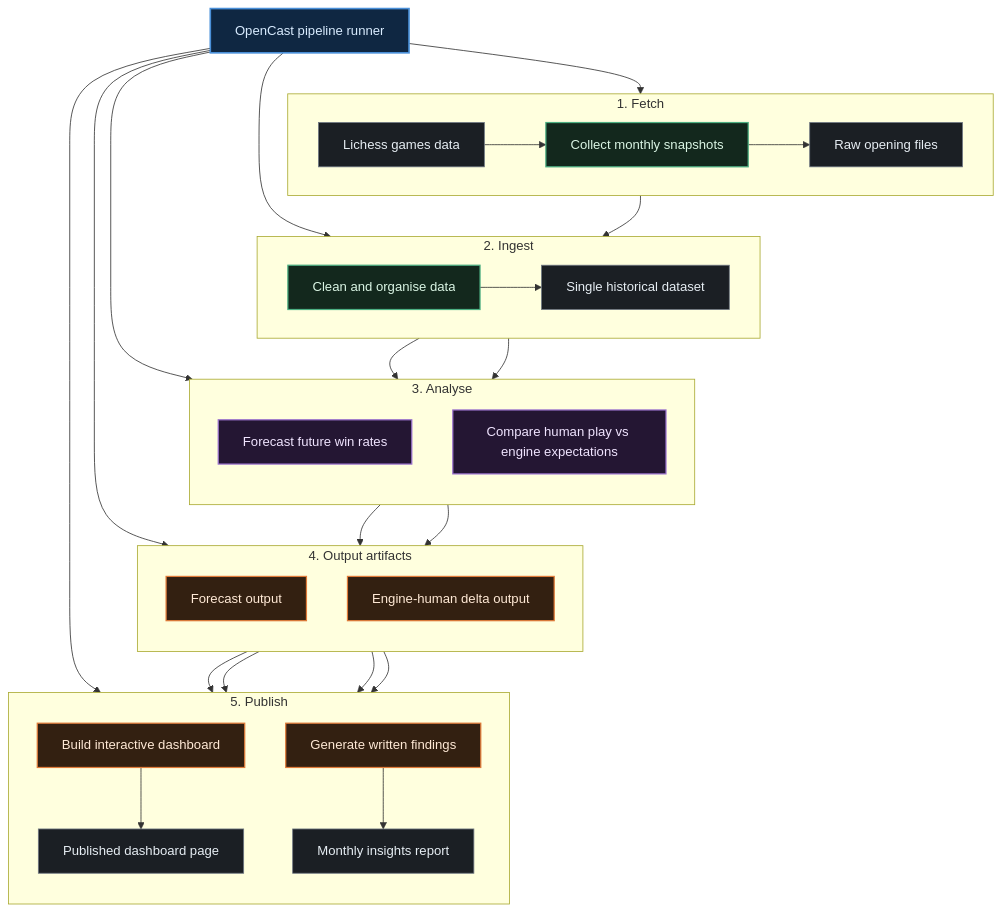
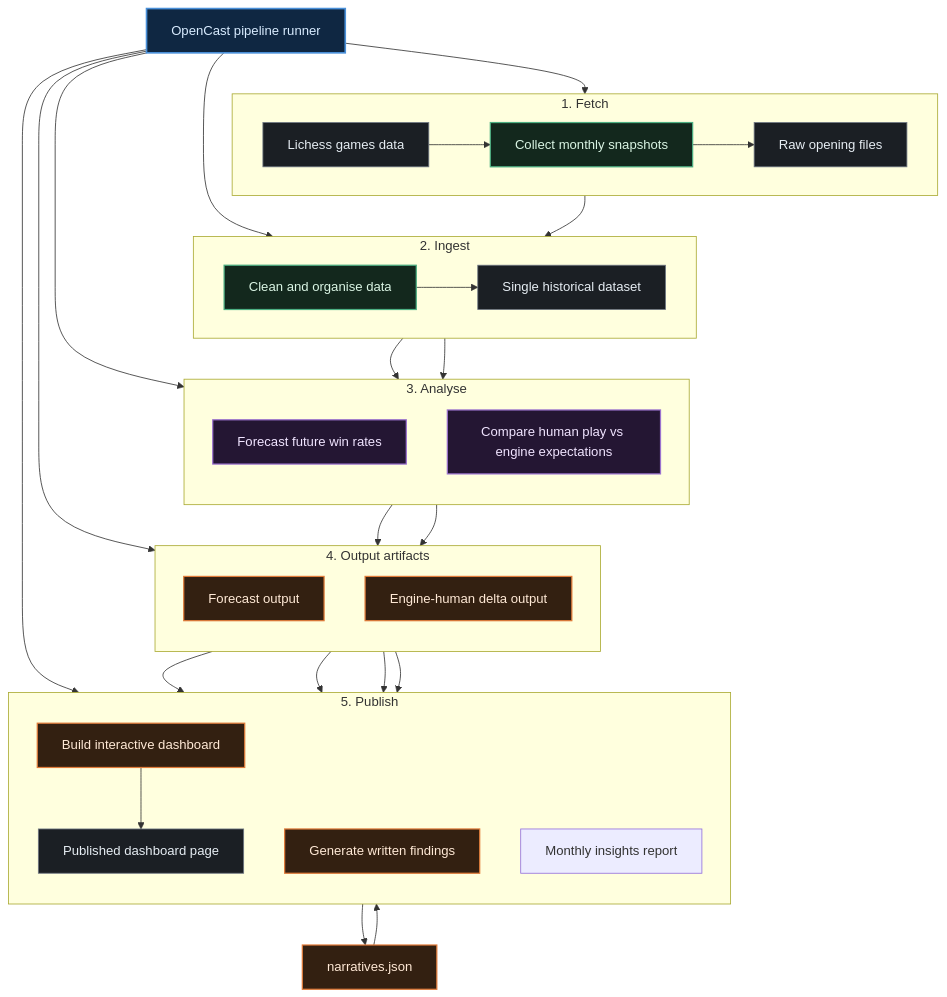
The diagram in README.md (coeusyk/opencast), drawn with Mermaid before and after one commit. The commit also changed other lines of this file and 13 other files, not shown here.

````diff
--- a/README.md
+++ b/README.md
@@ -84,67 +90,68 @@
 ```mermaid
 ---
 config:
   layout: dagre
 ---
 flowchart TB
  subgraph FETCH["1. Fetch"]
     direction LR
         LICHESS["Lichess games data"]
         SNAP["Collect monthly snapshots"]
         RAW["Raw opening files"]
   end
  subgraph INGEST["2. Ingest"]
     direction LR
         CLEAN["Clean and organise data"]
         HIST["Single historical dataset"]
   end
  subgraph ANALYSE["3. Analyse"]
     direction TB
         FORECAST["Forecast future win rates"]
         DELTA["Compare human play vs engine expectations"]
   end
  subgraph OUTPUTS["4. Output artifacts"]
     direction TB
         FOUT["Forecast output"]
         DOUT["Engine-human delta output"]
   end
  subgraph PUBLISH["5. Publish"]
     direction TB
         DASH["Build interactive dashboard"]
         FIND["Generate written findings"]
         PAGE["Published dashboard page"]
         REPORT["Monthly insights report"]
   end
     LICHESS --> SNAP
     SNAP --> RAW
     CLEAN --> HIST
     RUNNER["OpenCast pipeline runner"] --> FETCH & INGEST & ANALYSE & OUTPUTS & PUBLISH
     RAW --> CLEAN
     HIST --> FORECAST & DELTA
     FORECAST --> FOUT
     DELTA --> DOUT
     FOUT --> DASH & FIND
     DOUT --> DASH & FIND
     DASH --> PAGE
-    FIND --> REPORT
+      FIND --> NARRATIVE["narratives.json"]
+      NARRATIVE --> DASH
 
      LICHESS:::data
      SNAP:::ingest
      RAW:::data
      CLEAN:::ingest
      HIST:::data
      FORECAST:::analyse
      DELTA:::analyse
      FOUT:::output
      DOUT:::output
      DASH:::output
      FIND:::output
-     PAGE:::data
-     REPORT:::data
+    NARRATIVE:::output
+    PAGE:::data
      RUNNER:::runner
     classDef runner  fill:#0f2742,stroke:#4a90d9,stroke-width:2px,color:#d9ecff
     classDef ingest  fill:#13281d,stroke:#4caf82,stroke-width:1.5px,color:#daf5e4
     classDef analyse fill:#241633,stroke:#9b72cf,stroke-width:1.5px,color:#f0e4ff
     classDef output  fill:#332011,stroke:#e07b39,stroke-width:1.5px,color:#ffe9d6
     classDef data    fill:#1b1f24,stroke:#6e7681,stroke-width:1px,color:#e6edf3
 ```
````
